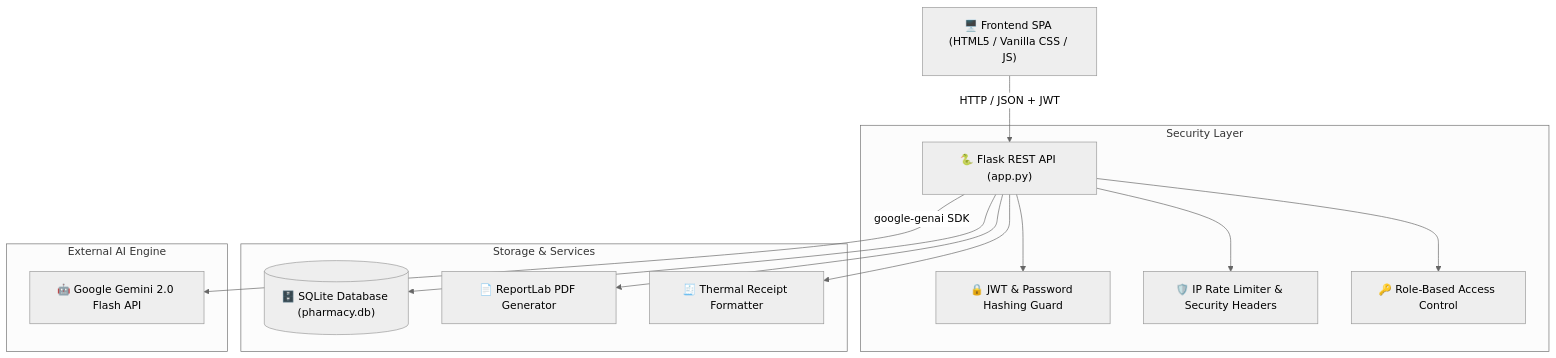
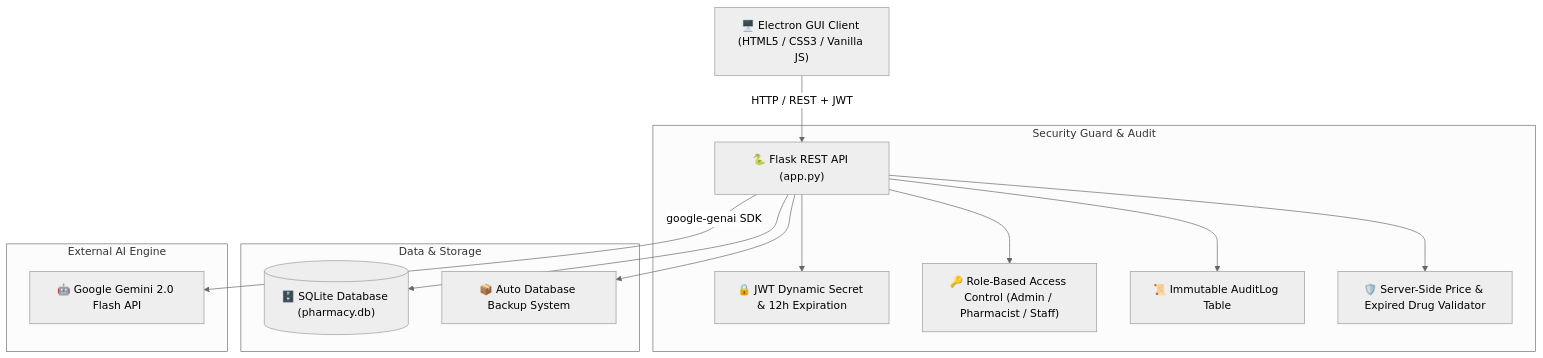
One commit to karthee8/smart-pharmacy-management-system changed the diagram in README.md. Above: the diagram before and after it, drawn with Mermaid (neutral theme). The commit also changed other lines of this file and 2 other files, not shown here.

Commit message:
security: apply RBAC, server price validation, audit logging, and process isolation fixes

````diff
--- a/README.md
+++ b/README.md
@@ -45,20 +43,20 @@
 ```mermaid
 flowchart TD
-    Client["🖥️ Frontend SPA (HTML5 / Vanilla CSS / JS)"] -->|HTTP / JSON + JWT| API["🐍 Flask REST API (app.py)"]
+    Client["🖥️ Electron GUI Client (HTML5 / CSS3 / Vanilla JS)"] -->|HTTP / REST + JWT| API["🐍 Flask REST API (app.py)"]
     
-    subgraph Security Layer
-        API --> Auth["🔒 JWT & Password Hashing Guard"]
-        API --> RateLimit["🛡️ IP Rate Limiter & Security Headers"]
-        API --> RBAC["🔑 Role-Based Access Control"]
+    subgraph Security Guard & Audit
+        API --> Auth["🔒 JWT Dynamic Secret & 12h Expiration"]
+        API --> RBAC["🔑 Role-Based Access Control (Admin / Pharmacist / Staff)"]
+        API --> Audit["📜 Immutable AuditLog Table"]
+        API --> Validation["🛡️ Server-Side Price & Expired Drug Validator"]
     end
     
-    subgraph Storage & Services
+    subgraph Data & Storage
         API --> DB[("🗄️ SQLite Database (pharmacy.db)")]
-        API --> PDF["📄 ReportLab PDF Generator"]
-        API --> Thermal["🧾 Thermal Receipt Formatter"]
+        API --> Backup["📦 Auto Database Backup System"]
     end
     
     subgraph External AI Engine
         API -->|google-genai SDK| Gemini["🤖 Google Gemini 2.0 Flash API"]
     end
 ```
````
